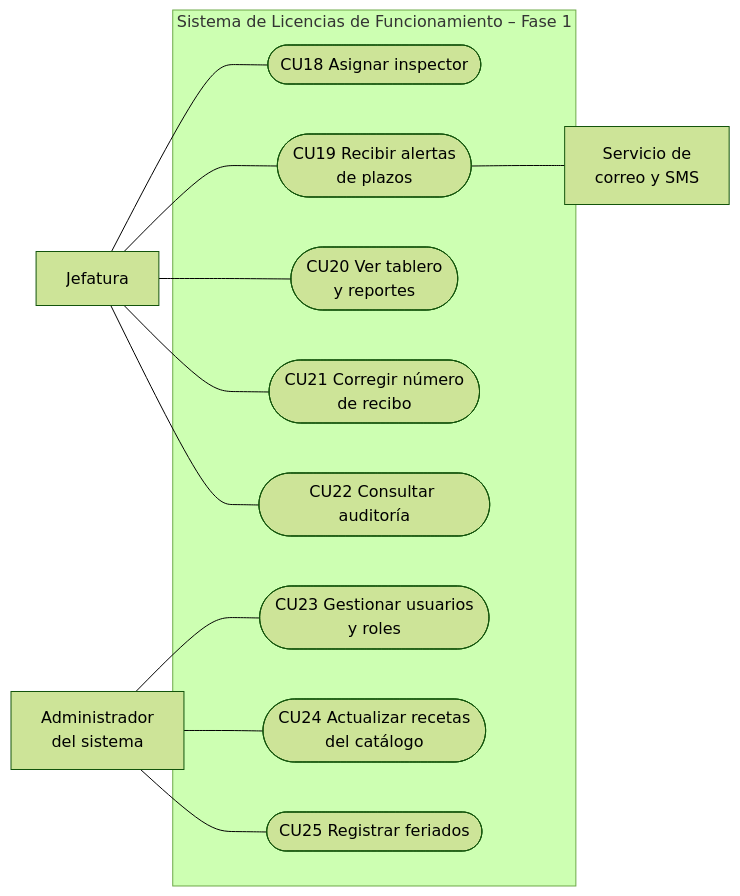
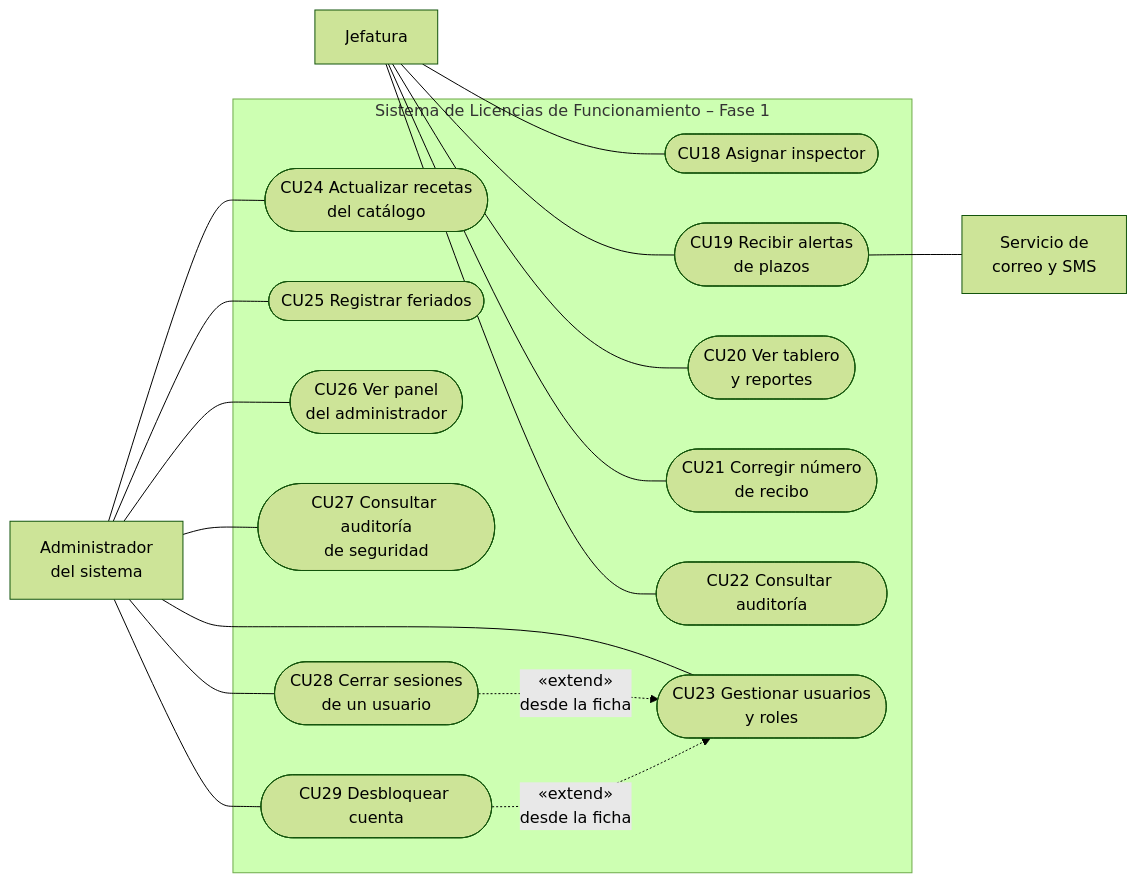
Before and after one commit to yeymyloson18/Licencias-Huanta-arquitSoft-JEIMY: the third of 3 diagrams in docs/03-diseno-de-software/diagrama-casos-de-uso.md, drawn with Mermaid (forest theme). The commit also changed other lines of this file and 132 other files, not shown here.

First line of the commit message:
feat(009): panel del administrador, auditoría de seguridad y buzón de pruebas (#37)

````diff
--- a/docs/03-diseno-de-software/diagrama-casos-de-uso.md
+++ b/docs/03-diseno-de-software/diagrama-casos-de-uso.md
@@ -92,27 +92,37 @@
 ```mermaid
 flowchart LR
     JE["Jefatura"]
     AD["Administrador<br/>del sistema"]
     SMS["Servicio de<br/>correo y SMS"]
 
     subgraph SIS["Sistema de Licencias de Funcionamiento – Fase 1"]
         CU18(["CU18 Asignar inspector"])
         CU19(["CU19 Recibir alertas<br/>de plazos"])
         CU20(["CU20 Ver tablero<br/>y reportes"])
         CU21(["CU21 Corregir número<br/>de recibo"])
         CU22(["CU22 Consultar auditoría"])
         CU23(["CU23 Gestionar usuarios<br/>y roles"])
         CU24(["CU24 Actualizar recetas<br/>del catálogo"])
         CU25(["CU25 Registrar feriados"])
+        CU26(["CU26 Ver panel<br/>del administrador"])
+        CU27(["CU27 Consultar auditoría<br/>de seguridad"])
+        CU28(["CU28 Cerrar sesiones<br/>de un usuario"])
+        CU29(["CU29 Desbloquear cuenta"])
     end
 
     JE --- CU18
     JE --- CU19
     JE --- CU20
     JE --- CU21
     JE --- CU22
     AD --- CU23
     AD --- CU24
     AD --- CU25
+    AD --- CU26
+    AD --- CU27
+    AD --- CU28
+    AD --- CU29
+    CU28 -.->|«extend»<br/>desde la ficha| CU23
+    CU29 -.->|«extend»<br/>desde la ficha| CU23
     CU19 --- SMS
 ```
````
